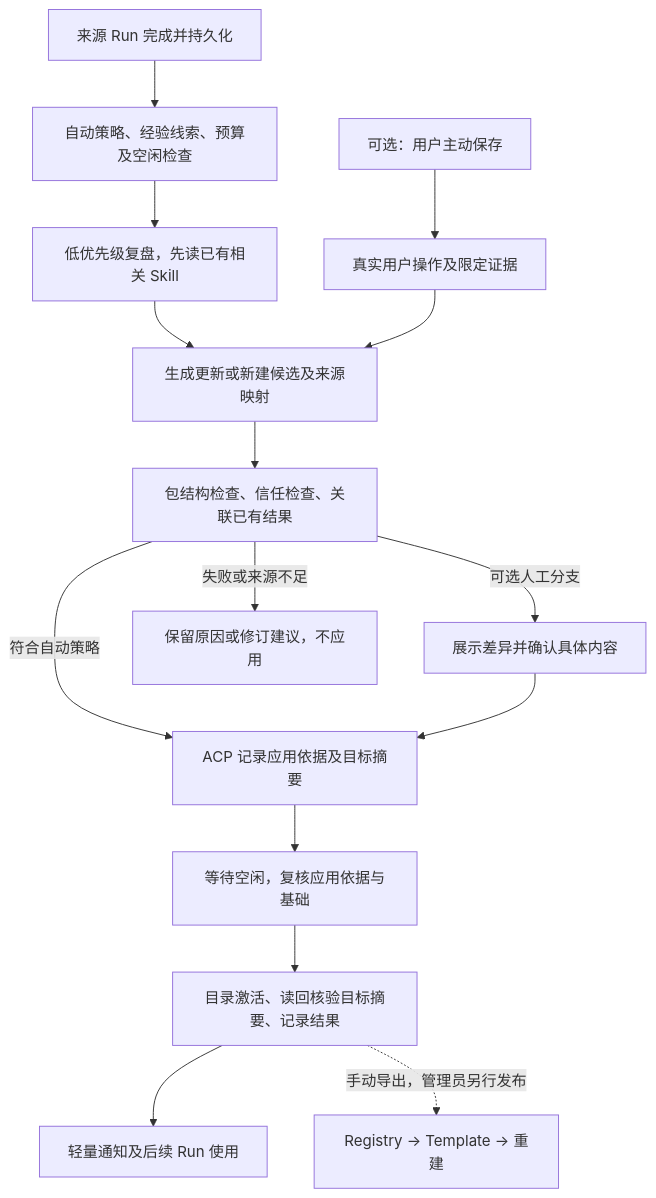
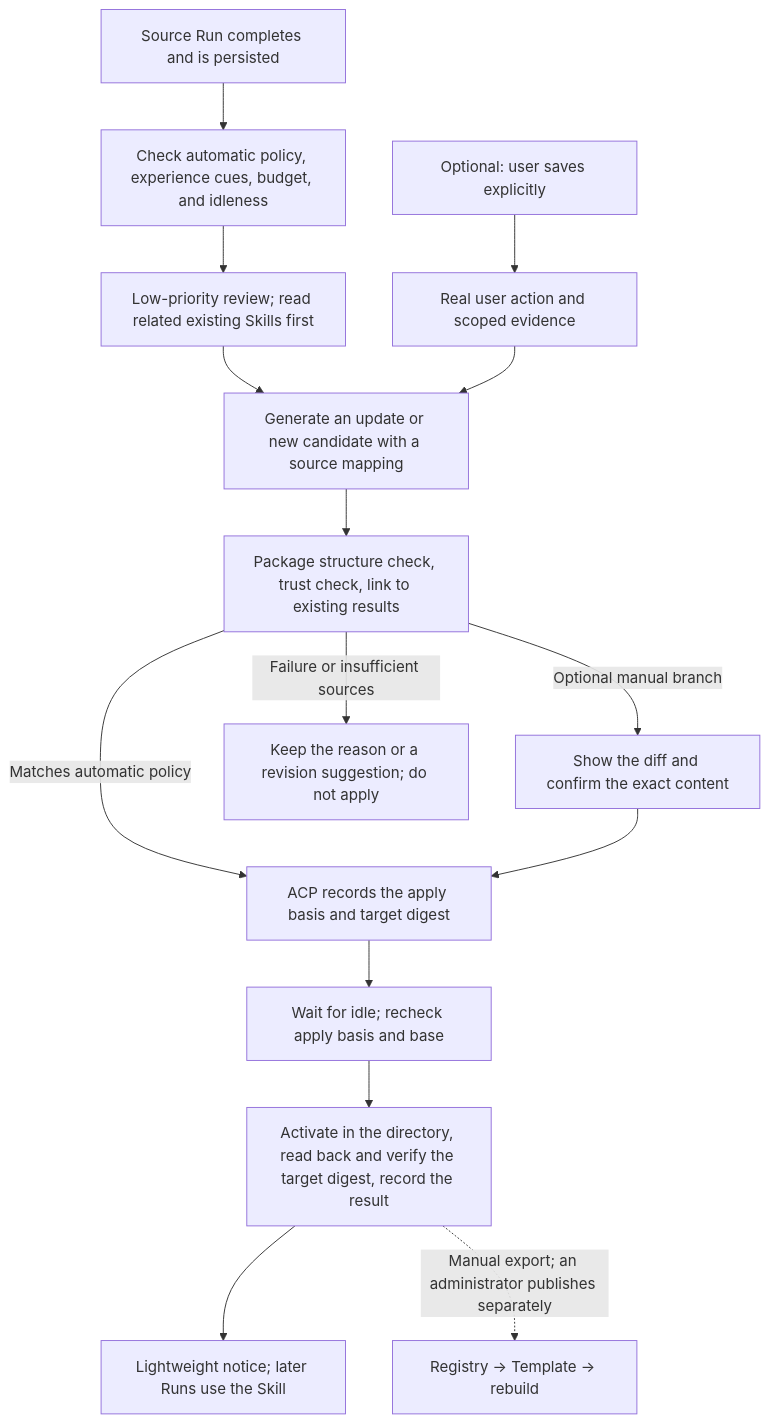
Before and after one commit to tf4fun/antnest-platform: the diagram in docs/skill-learning-design.md, drawn with Mermaid. The commit also changed other lines of this file and 173 other files, not shown here.

````diff
--- a/docs/skill-learning-design.md
+++ b/docs/skill-learning-design.md
@@ -281,17 +188,17 @@
 ```mermaid
 flowchart TD
-    R["来源 Run 完成并持久化"] --> T["自动策略、经验线索、预算及空闲检查"]
-    T --> J["低优先级复盘，先读已有相关 Skill"]
-    J --> C["生成更新或新建候选及来源映射"]
-    C --> V["包结构检查、信任检查、关联已有结果"]
-    V -->|"符合自动策略"| P["ACP 记录应用依据及目标摘要"]
-    V -->|"可选人工分支"| D["展示差异并确认具体内容"]
+    R["Source Run completes and is persisted"] --> T["Check automatic policy, experience cues, budget, and idleness"]
+    T --> J["Low-priority review; read related existing Skills first"]
+    J --> C["Generate an update or new candidate with a source mapping"]
+    C --> V["Package structure check, trust check, link to existing results"]
+    V -->|"Matches automatic policy"| P["ACP records the apply basis and target digest"]
+    V -->|"Optional manual branch"| D["Show the diff and confirm the exact content"]
     D --> P
-    P --> W["等待空闲，复核应用依据与基础"]
-    W --> A["目录激活、读回核验目标摘要、记录结果"]
-    A --> N["轻量通知及后续 Run 使用"]
-    V -->|"失败或来源不足"| Q["保留原因或修订建议，不应用"]
-    U["可选：用户主动保存"] --> E["真实用户操作及限定证据"]
+    P --> W["Wait for idle; recheck apply basis and base"]
+    W --> A["Activate in the directory, read back and verify the target digest, record the result"]
+    A --> N["Lightweight notice; later Runs use the Skill"]
+    V -->|"Failure or insufficient sources"| Q["Keep the reason or a revision suggestion; do not apply"]
+    U["Optional: user saves explicitly"] --> E["Real user action and scoped evidence"]
     E --> C
-    A -. "手动导出，管理员另行发布" .-> S["Registry → Template → 重建"]
+    A -. "Manual export; an administrator publishes separately" .-> S["Registry → Template → rebuild"]
 ```
````
